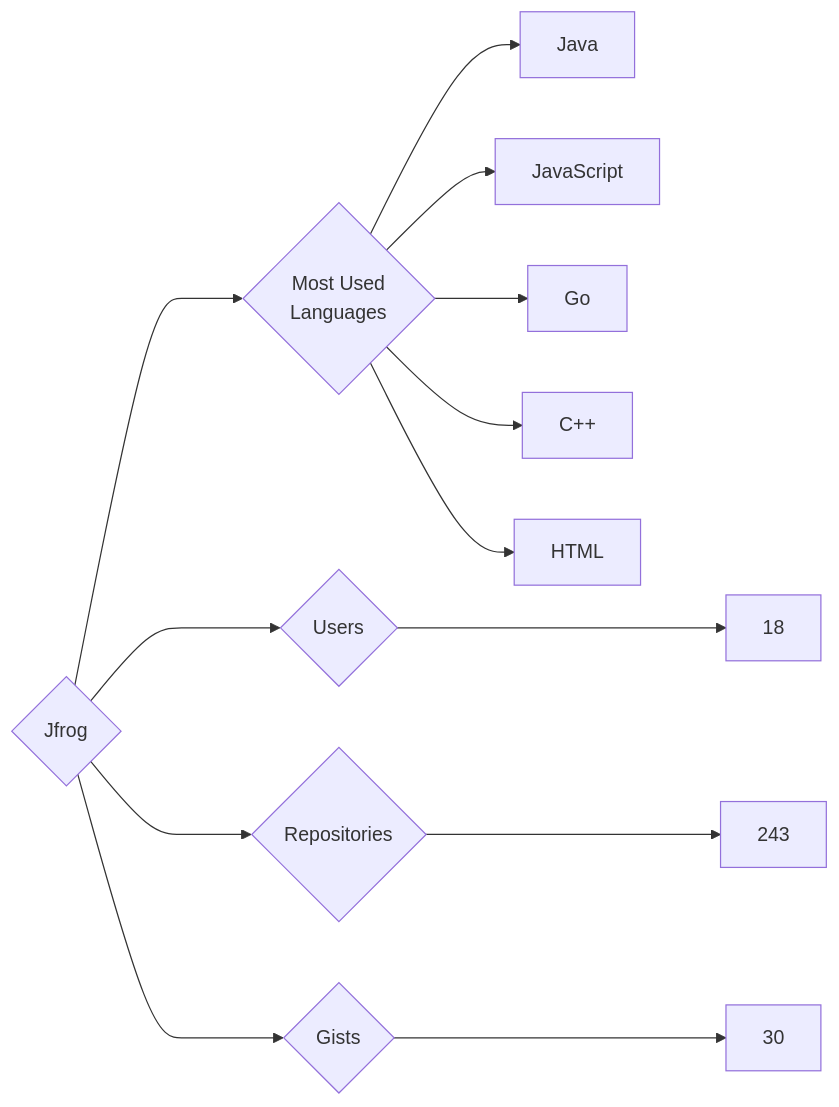
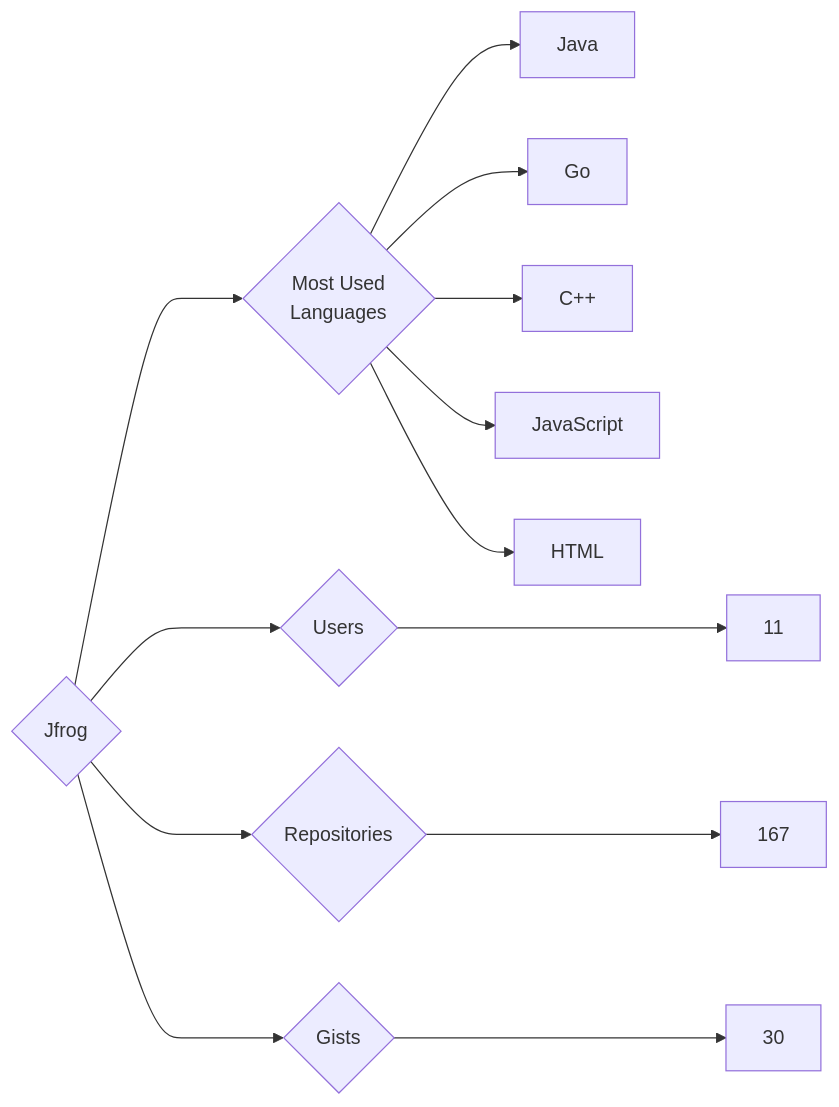
The diagram in targets/Jfrog/README.md (trickest/insiders), drawn with Mermaid before and after one commit. The commit also changed 679 other files, not shown here.

````diff
--- a/targets/Jfrog/README.md
+++ b/targets/Jfrog/README.md
@@ -3,13 +3,13 @@
 ```mermaid
 graph LR
 COMPANY_NAME{Jfrog}
-COMPANY_NAME ---> U{Users} ---> UN[18]
-COMPANY_NAME ---> R{Repositories} ---> RN[243]
+COMPANY_NAME ---> U{Users} ---> UN[11]
+COMPANY_NAME ---> R{Repositories} ---> RN[167]
 COMPANY_NAME ---> G{Gists} ---> GN[30]
 COMPANY_NAME ---> ML{Most Used<br>Languages}
 ML --> Java[Java]
-ML --> JavaScript[JavaScript]
 ML --> Go[Go]
 ML --> C++[C++]
+ML --> JavaScript[JavaScript]
 ML --> HTML[HTML]
 ```
````
